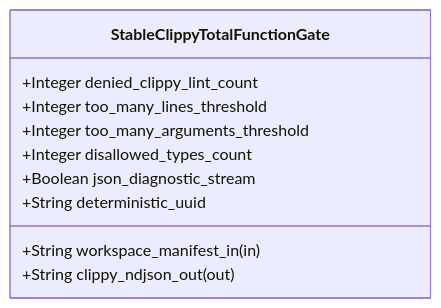
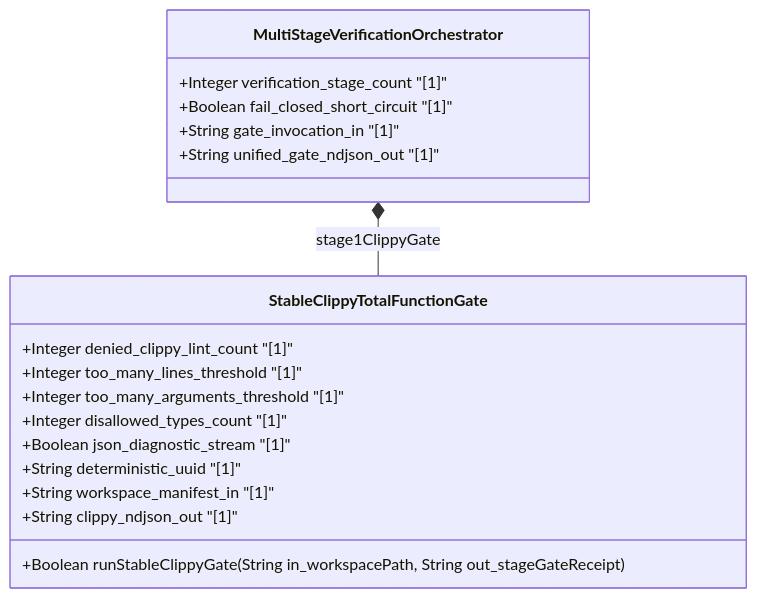
Before and after one commit to gintatkinson/DEAP01-spec-core: the first of 2 diagrams in .pipeline/upstream/docs/features/FEAT-50-StableClippyTotalFunctionGate.md, drawn with Mermaid. The commit also changed other lines of this file and 2 other files, not shown here.

Commit message:
docs(specs): enrich Track-1 features FEAT-43, FEAT-44, and Stage-1 Clippy FEAT-50

````diff
--- a/.pipeline/upstream/docs/features/FEAT-50-StableClippyTotalFunctionGate.md
+++ b/.pipeline/upstream/docs/features/FEAT-50-StableClippyTotalFunctionGate.md
@@ -16,13 +59,21 @@
 ```mermaid
 classDiagram
+    class MultiStageVerificationOrchestrator {
+        +Integer verification_stage_count "[1]"
+        +Boolean fail_closed_short_circuit "[1]"
+        +String gate_invocation_in "[1]"
+        +String unified_gate_ndjson_out "[1]"
+    }
     class StableClippyTotalFunctionGate {
-        +String workspace_manifest_in (in)
-        +String clippy_ndjson_out (out)
-        +Integer denied_clippy_lint_count
-        +Integer too_many_lines_threshold
-        +Integer too_many_arguments_threshold
-        +Integer disallowed_types_count
-        +Boolean json_diagnostic_stream
-        +String deterministic_uuid
+        +Integer denied_clippy_lint_count "[1]"
+        +Integer too_many_lines_threshold "[1]"
+        +Integer too_many_arguments_threshold "[1]"
+        +Integer disallowed_types_count "[1]"
+        +Boolean json_diagnostic_stream "[1]"
+        +String deterministic_uuid "[1]"
+        +String workspace_manifest_in "[1]"
+        +String clippy_ndjson_out "[1]"
+        +Boolean runStableClippyGate(String in_workspacePath, String out_stageGateReceipt)
     }
+    MultiStageVerificationOrchestrator *-- StableClippyTotalFunctionGate : stage1ClippyGate
 ```
````
